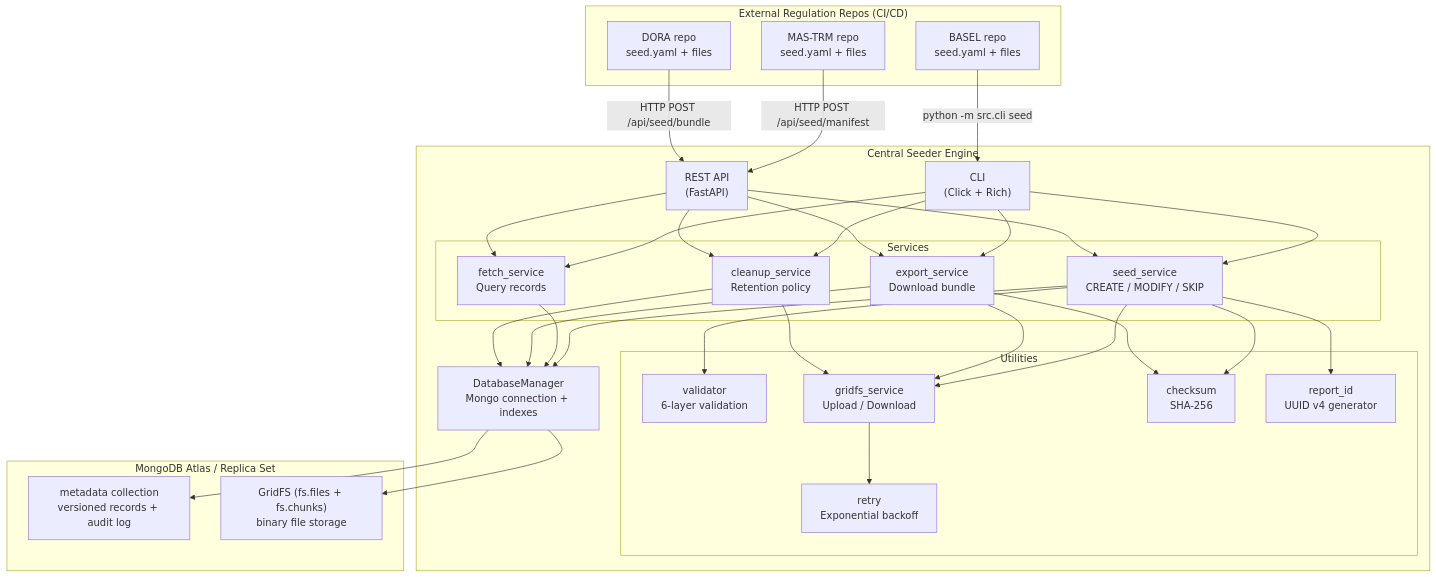
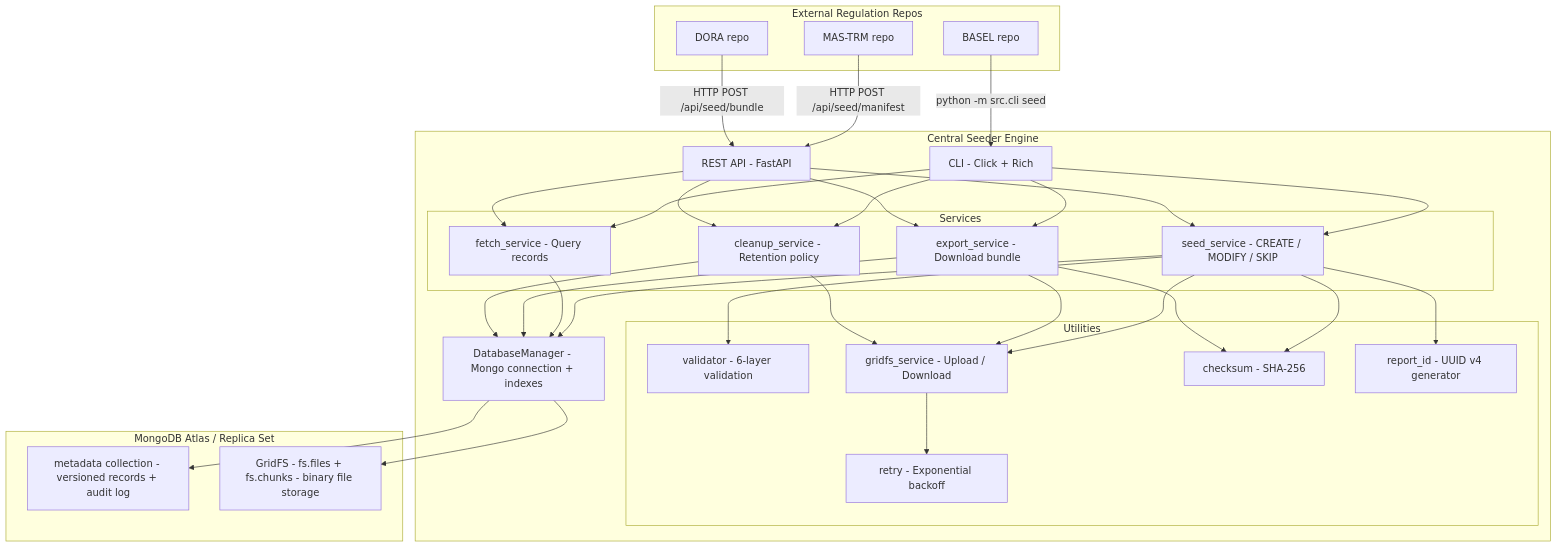
Before and after one commit to uktentu/mongo_file_manager: the first of 10 diagrams in DIAGRAMS.md, drawn with Mermaid. The commit also changed other lines of this file, not shown here.

First line of the commit message:
fix: remove all backslash-n from Mermaid node labels in DIAGRAMS.md

````diff
--- a/DIAGRAMS.md
+++ b/DIAGRAMS.md
@@ -9,50 +9,50 @@
 ```mermaid
 graph TB
-    subgraph ExternalRepos["External Regulation Repos (CI/CD)"]
-        R1["MAS-TRM repo\nseed.yaml + files"]
-        R2["BASEL repo\nseed.yaml + files"]
-        R3["DORA repo\nseed.yaml + files"]
+    subgraph ExternalRepos["External Regulation Repos"]
+        R1["MAS-TRM repo"]
+        R2["BASEL repo"]
+        R3["DORA repo"]
     end
 
     subgraph SeederEngine["Central Seeder Engine"]
-        CLI["CLI\n(Click + Rich)"]
-        API["REST API\n(FastAPI)"]
+        CLI["CLI - Click + Rich"]
+        API["REST API - FastAPI"]
 
         subgraph Services["Services"]
-            SS["seed_service\nCREATE / MODIFY / SKIP"]
-            FS["fetch_service\nQuery records"]
-            ES["export_service\nDownload bundle"]
-            CS["cleanup_service\nRetention policy"]
+            SS["seed_service - CREATE / MODIFY / SKIP"]
+            FS["fetch_service - Query records"]
+            ES["export_service - Download bundle"]
+            CS["cleanup_service - Retention policy"]
         end
 
         subgraph Utils["Utilities"]
-            VAL["validator\n6-layer validation"]
-            GFS["gridfs_service\nUpload / Download"]
-            RET["retry\nExponential backoff"]
-            CHK["checksum\nSHA-256"]
-            RID["report_id\nUUID v4 generator"]
+            VAL["validator - 6-layer validation"]
+            GFS["gridfs_service - Upload / Download"]
+            RET["retry - Exponential backoff"]
+            CHK["checksum - SHA-256"]
+            RID["report_id - UUID v4 generator"]
         end
 
-        DB["DatabaseManager\nMongo connection + indexes"]
+        DB["DatabaseManager - Mongo connection + indexes"]
     end
 
     subgraph MongoDB["MongoDB Atlas / Replica Set"]
-        META["metadata collection\nversioned records + audit log"]
-        GFSS["GridFS (fs.files + fs.chunks)\nbinary file storage"]
+        META["metadata collection - versioned records + audit log"]
+        GFSS["GridFS - fs.files + fs.chunks - binary file storage"]
     end
 
     R1 -->|HTTP POST /api/seed/manifest| API
     R2 -->|python -m src.cli seed| CLI
     R3 -->|HTTP POST /api/seed/bundle| API
 
     CLI --> SS & FS & ES & CS
     API --> SS & FS & ES & CS
 
     SS --> VAL & GFS & CHK & RID & DB
     FS --> DB
     ES --> GFS & CHK & DB
     CS --> GFS & DB
     GFS --> RET
 
     DB --> META & GFSS
 ```
````
